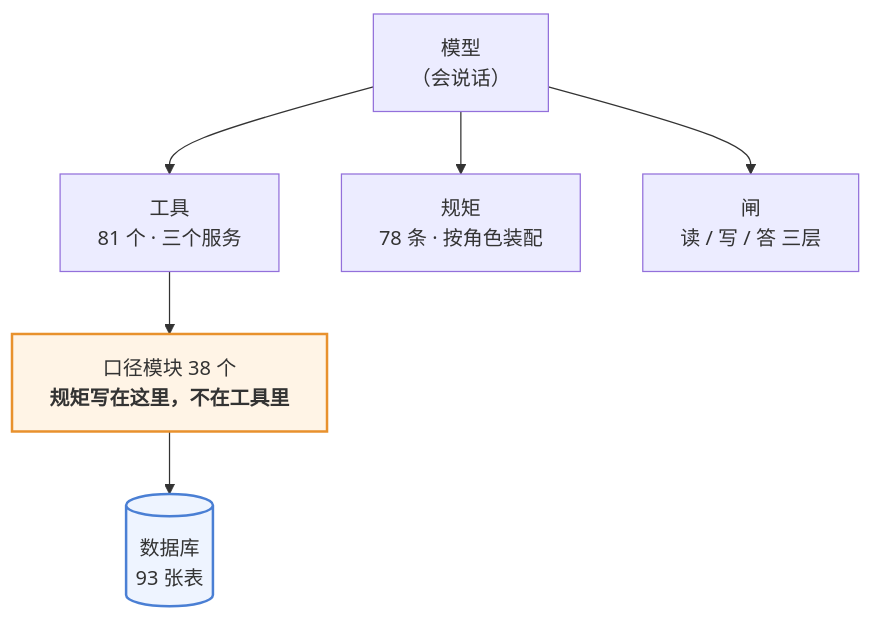
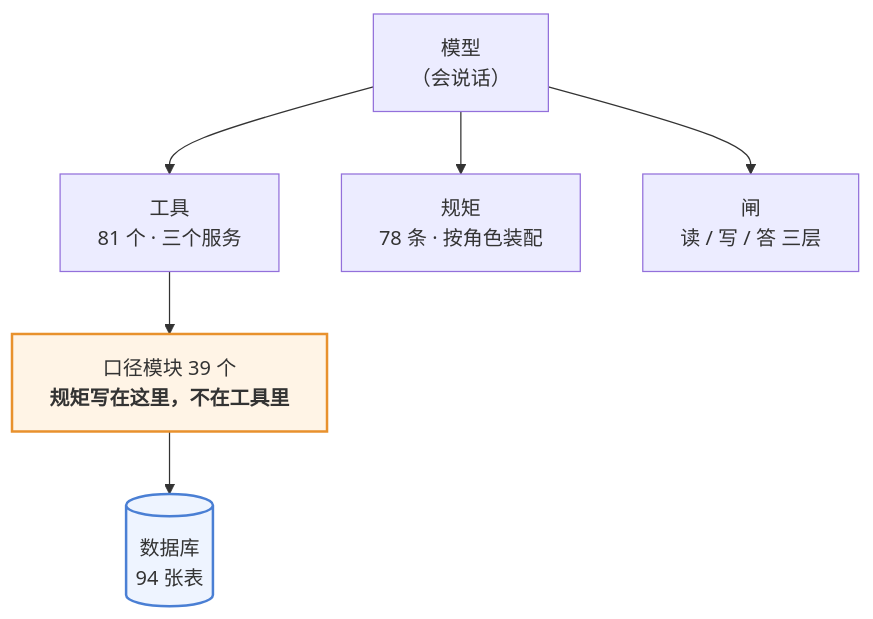
Before and after one commit to 843773296-rgb/lanxiu-yunshang-agent: the first of 3 diagrams in 澜绣云裳agent-产品说明.md, drawn with Mermaid. The commit also changed other lines of this file and 12 other files, not shown here.

````diff
--- a/澜绣云裳agent-产品说明.md
+++ b/澜绣云裳agent-产品说明.md
@@ -62,12 +62,12 @@
 ```mermaid
 flowchart TD
     M["模型<br/>（会说话）"]
     M --> T["工具<br/>81 个 · 三个服务"]
     M --> R["规矩<br/>78 条 · 按角色装配"]
     M --> G["闸<br/>读 / 写 / 答 三层"]
-    T --> K["口径模块 38 个<br/><b>规矩写在这里，不在工具里</b>"]
-    K --> DB[("数据库<br/>93 张表")]
+    T --> K["口径模块 39 个<br/><b>规矩写在这里，不在工具里</b>"]
+    K --> DB[("数据库<br/>94 张表")]
 
     style K fill:#fff4e6,stroke:#e8912d,stroke-width:2px
     style DB fill:#eef4ff,stroke:#4a7fd4,stroke-width:2px
 ```
````
